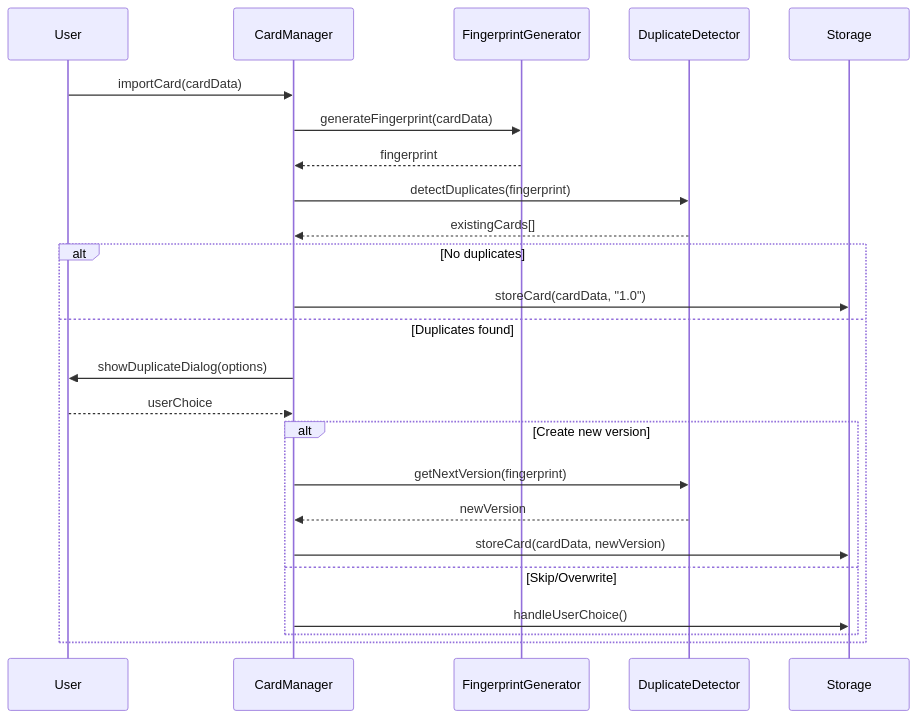
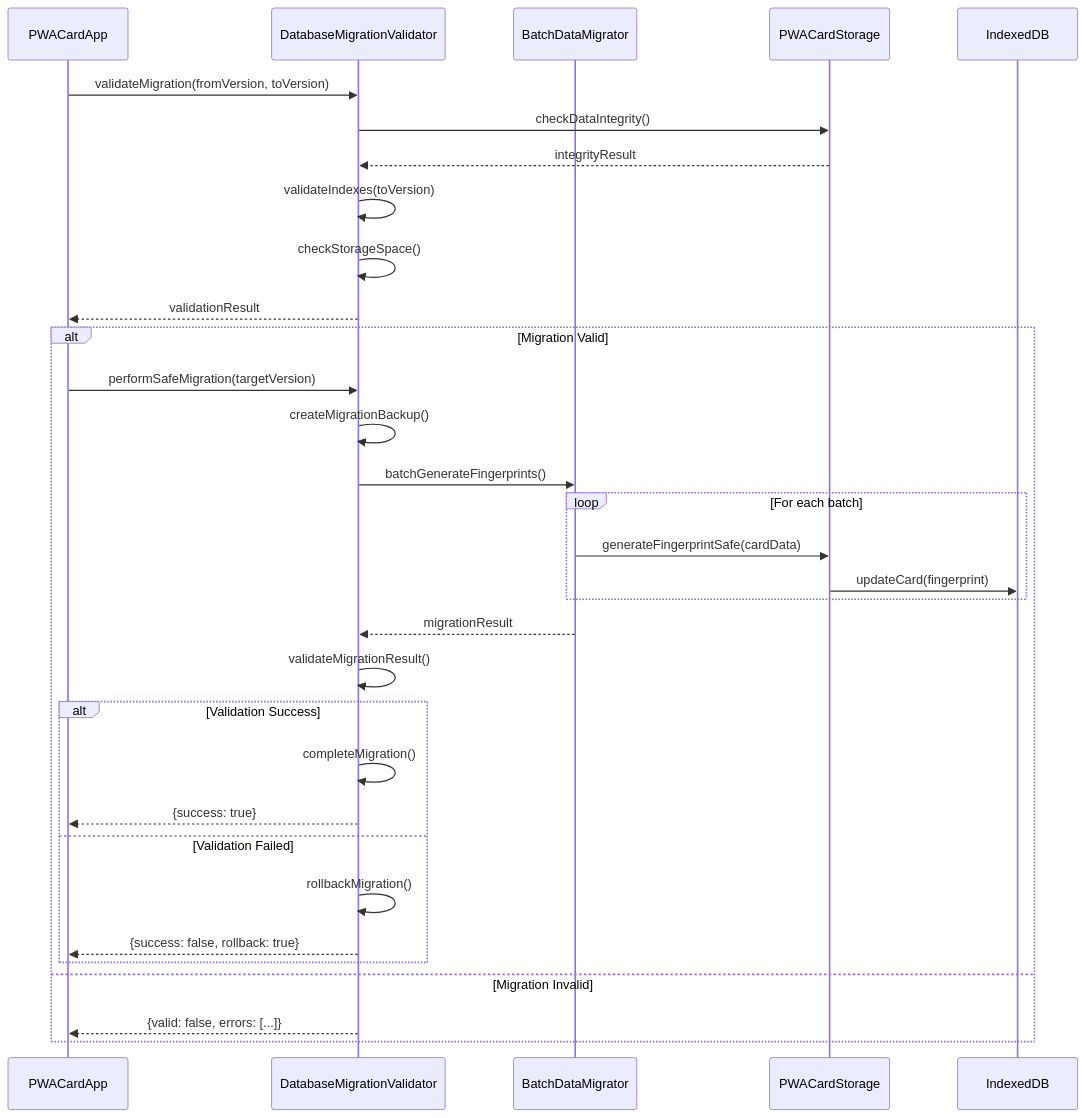
The second of 2 diagrams in docs/design.md (iim0663418/DB-Card), drawn with Mermaid before and after one commit. The commit also changed other lines of this file and 25 other files, not shown here.

````diff
--- a/docs/design.md
+++ b/docs/design.md
@@ -140,28 +618,39 @@
 ```mermaid
 sequenceDiagram
-    participant U as User
-    participant CM as CardManager
-    participant FG as FingerprintGenerator
-    participant DD as DuplicateDetector
-    participant S as Storage
-    
-    U->>CM: importCard(cardData)
-    CM->>FG: generateFingerprint(cardData)
-    FG-->>CM: fingerprint
-    CM->>DD: detectDuplicates(fingerprint)
-    DD-->>CM: existingCards[]
-    
-    alt No duplicates
-        CM->>S: storeCard(cardData, "1.0")
-    else Duplicates found
-        CM->>U: showDuplicateDialog(options)
-        U-->>CM: userChoice
-        alt Create new version
-            CM->>DD: getNextVersion(fingerprint)
-            DD-->>CM: newVersion
-            CM->>S: storeCard(cardData, newVersion)
-        else Skip/Overwrite
-            CM->>S: handleUserChoice()
+    participant App as PWACardApp
+    participant DMV as DatabaseMigrationValidator
+    participant BDM as BatchDataMigrator
+    participant Storage as PWACardStorage
+    participant DB as IndexedDB
+
+    App->>DMV: validateMigration(fromVersion, toVersion)
+    DMV->>Storage: checkDataIntegrity()
+    Storage-->>DMV: integrityResult
+    DMV->>DMV: validateIndexes(toVersion)
+    DMV->>DMV: checkStorageSpace()
+    DMV-->>App: validationResult
+
+    alt Migration Valid
+        App->>DMV: performSafeMigration(targetVersion)
+        DMV->>DMV: createMigrationBackup()
+        DMV->>BDM: batchGenerateFingerprints()
+        
+        loop For each batch
+            BDM->>Storage: generateFingerprintSafe(cardData)
+            Storage->>DB: updateCard(fingerprint)
         end
+        
+        BDM-->>DMV: migrationResult
+        DMV->>DMV: validateMigrationResult()
+        
+        alt Validation Success
+            DMV->>DMV: completeMigration()
+            DMV-->>App: {success: true}
+        else Validation Failed
+            DMV->>DMV: rollbackMigration()
+            DMV-->>App: {success: false, rollback: true}
+        end
+    else Migration Invalid
+        DMV-->>App: {valid: false, errors: [...]}
     end
 ```
````
